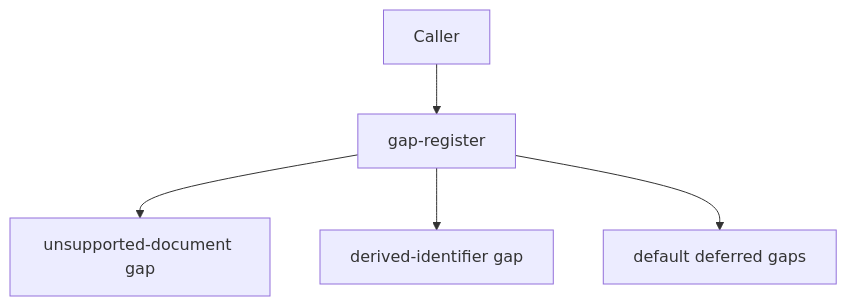
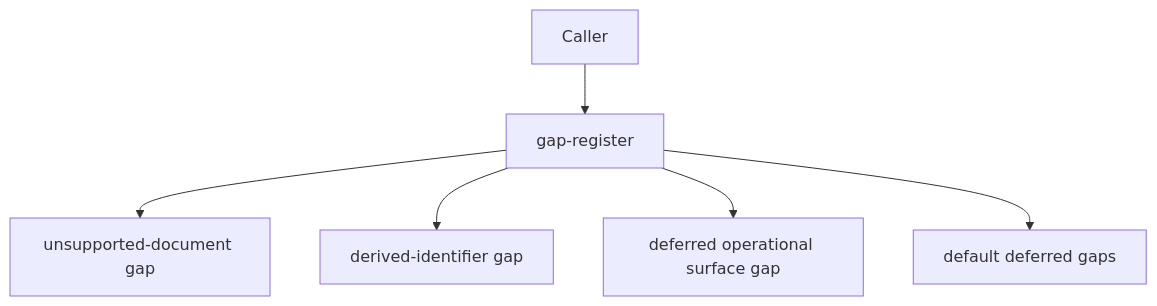
One commit to linkiez/nfe_sdk changed the diagram in src/canonical/shared/gap-register.doc.md. Above: the diagram before and after it, drawn with Mermaid. The commit also changed other lines of this file and 75 other files, not shown here.

Commit message:
feat: adicionar slice inicial de nfce e alinhar lacunas do roadmap

````diff
--- a/src/canonical/shared/gap-register.doc.md
+++ b/src/canonical/shared/gap-register.doc.md
@@ -28,7 +30,8 @@
 ```mermaid
 flowchart TD
   A[Caller] --> B[gap-register]
   B --> C[unsupported-document gap]
   B --> D[derived-identifier gap]
-  B --> E[default deferred gaps]
+  B --> E[deferred operational surface gap]
+  B --> F[default deferred gaps]
 ```
````
